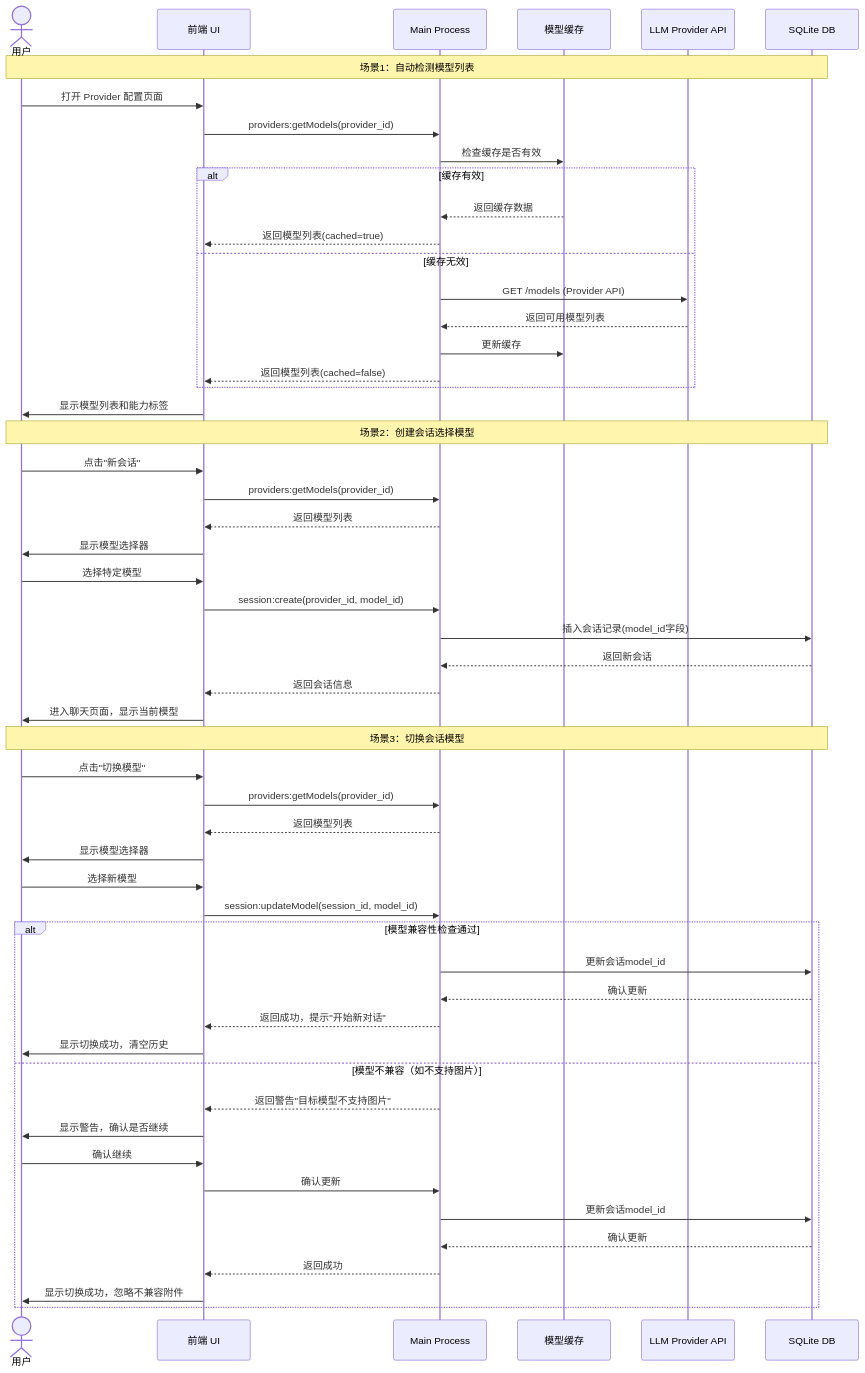
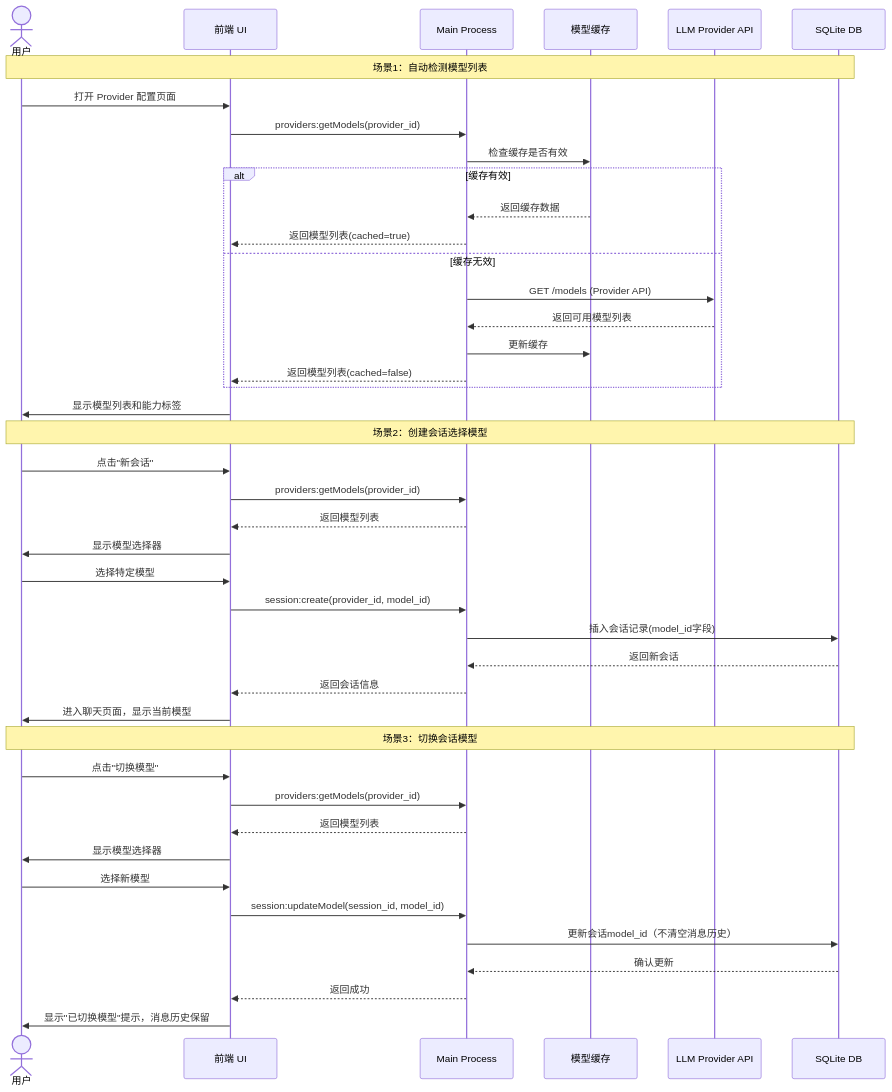
The first of 3 diagrams in vibe/features/talor-desktop-model-management/feature.md (Quinn-Talor/talor), drawn with Mermaid before and after one commit. The commit also changed other lines of this file and 15 other files, not shown here.

````diff
--- a/vibe/features/talor-desktop-model-management/feature.md
+++ b/vibe/features/talor-desktop-model-management/feature.md
@@ -308,59 +304,48 @@
 ```mermaid
 sequenceDiagram
     actor User as 用户
     participant UI as 前端 UI
     participant Main as Main Process
     participant Cache as 模型缓存
     participant API as LLM Provider API
     participant DB as SQLite DB
 
     Note over User,DB: 场景1：自动检测模型列表
     User->>UI: 打开 Provider 配置页面
     UI->>Main: providers:getModels(provider_id)
     Main->>Cache: 检查缓存是否有效
     alt 缓存有效
         Cache-->>Main: 返回缓存数据
         Main-->>UI: 返回模型列表(cached=true)
     else 缓存无效
         Main->>API: GET /models (Provider API)
         API-->>Main: 返回可用模型列表
         Main->>Cache: 更新缓存
         Main-->>UI: 返回模型列表(cached=false)
     end
     UI->>User: 显示模型列表和能力标签
 
     Note over User,DB: 场景2：创建会话选择模型
     User->>UI: 点击"新会话"
     UI->>Main: providers:getModels(provider_id)
     Main-->>UI: 返回模型列表
     UI->>User: 显示模型选择器
     User->>UI: 选择特定模型
     UI->>Main: session:create(provider_id, model_id)
     Main->>DB: 插入会话记录(model_id字段)
     DB-->>Main: 返回新会话
     Main-->>UI: 返回会话信息
     UI->>User: 进入聊天页面，显示当前模型
 
     Note over User,DB: 场景3：切换会话模型
     User->>UI: 点击"切换模型"
     UI->>Main: providers:getModels(provider_id)
     Main-->>UI: 返回模型列表
     UI->>User: 显示模型选择器
     User->>UI: 选择新模型
     UI->>Main: session:updateModel(session_id, model_id)
-    alt 模型兼容性检查通过
-        Main->>DB: 更新会话model_id
-        DB-->>Main: 确认更新
-        Main-->>UI: 返回成功，提示"开始新对话"
-        UI->>User: 显示切换成功，清空历史
-    else 模型不兼容（如不支持图片）
-        Main-->>UI: 返回警告"目标模型不支持图片"
-        UI->>User: 显示警告，确认是否继续
-        User->>UI: 确认继续
-        UI->>Main: 确认更新
-        Main->>DB: 更新会话model_id
-        DB-->>Main: 确认更新
-        Main-->>UI: 返回成功
-        UI->>User: 显示切换成功，忽略不兼容附件
-    end
+    Main->>DB: 更新会话model_id（不清空消息历史）
+    DB-->>Main: 确认更新
+    Main-->>UI: 返回成功
+    UI->>User: 显示"已切换模型"提示，消息历史保留
 ```
````
